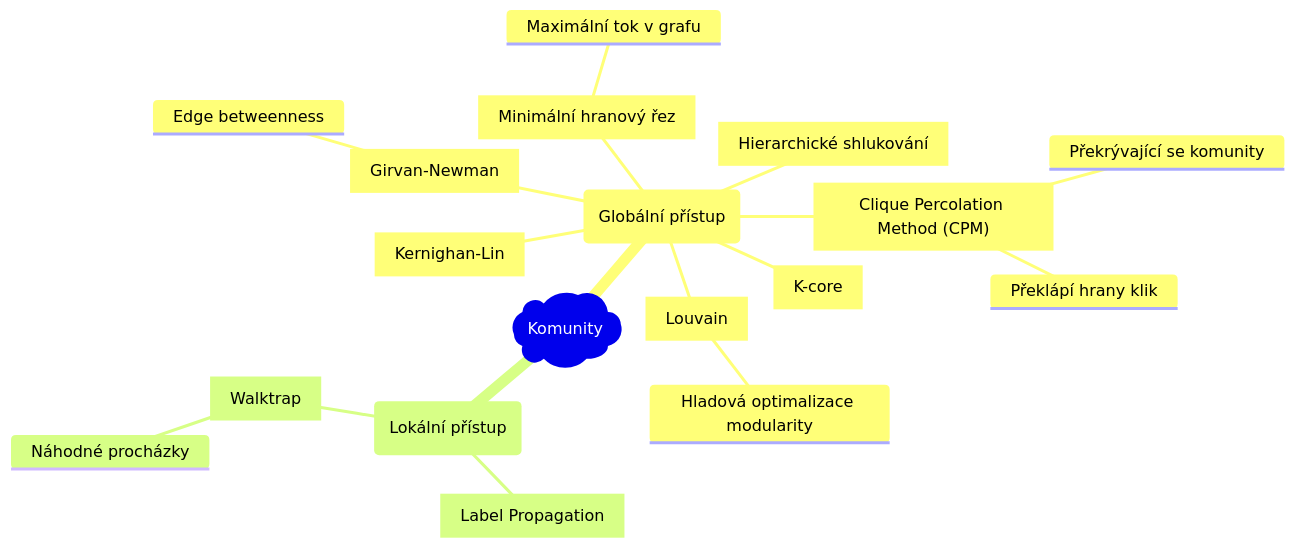
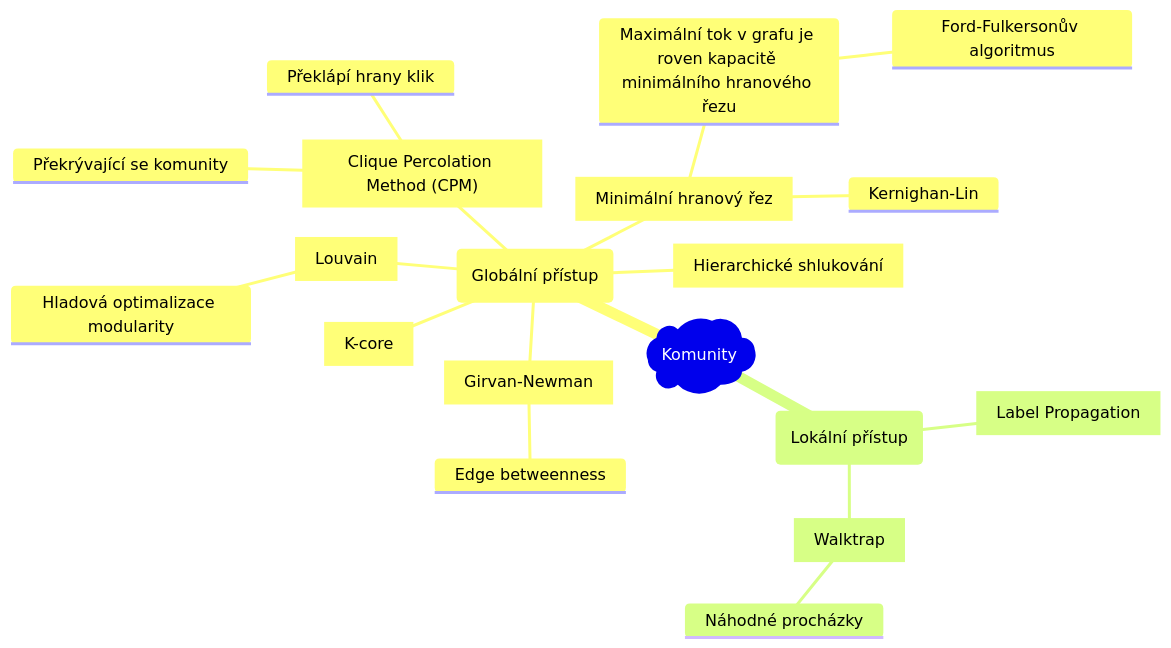
The ninth of 14 diagrams in src/azd/azd.md (matejfric/mdbook), drawn with Mermaid before and after one commit. The commit also changed other lines of this file and 6 other files, not shown here.

````diff
--- a/src/azd/azd.md
+++ b/src/azd/azd.md
@@ -1236,21 +1272,22 @@
 ```mermaid
 mindmap
   root )Komunity)
       (Globální přístup)
         [Girvan-Newman]
           Edge betweenness
         [Louvain]
           Hladová optimalizace modularity
-        [Kernighan-Lin]
         [K-core]
         [Hierarchické shlukování]
         cpm ["Clique Percolation Method (CPM)"]
           Překlápí hrany klik
           Překrývající se komunity
         [Minimální hranový řez]
-          Maximální tok v grafu
+          Kernighan-Lin
+          Maximální tok v grafu je roven kapacitě minimálního hranového řezu
+            Ford-Fulkersonův algoritmus
       (Lokální přístup)
         [Label Propagation]
         [Walktrap]
           Náhodné procházky
 ```
````
